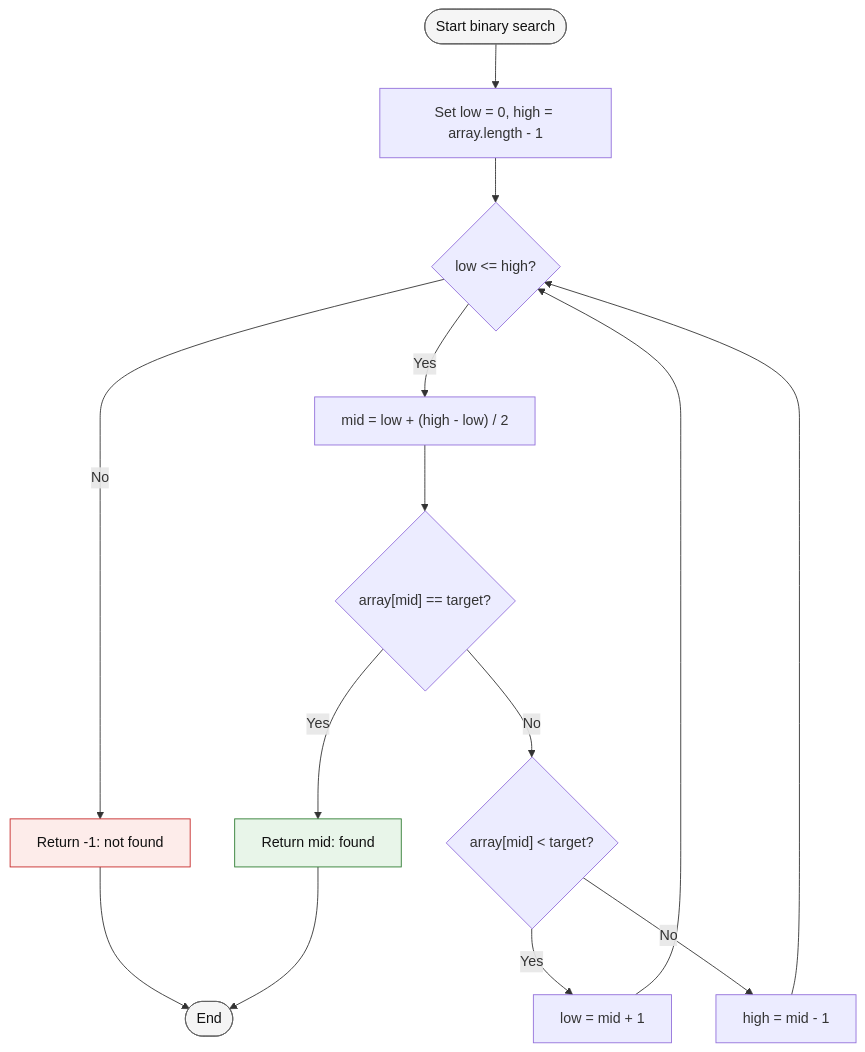
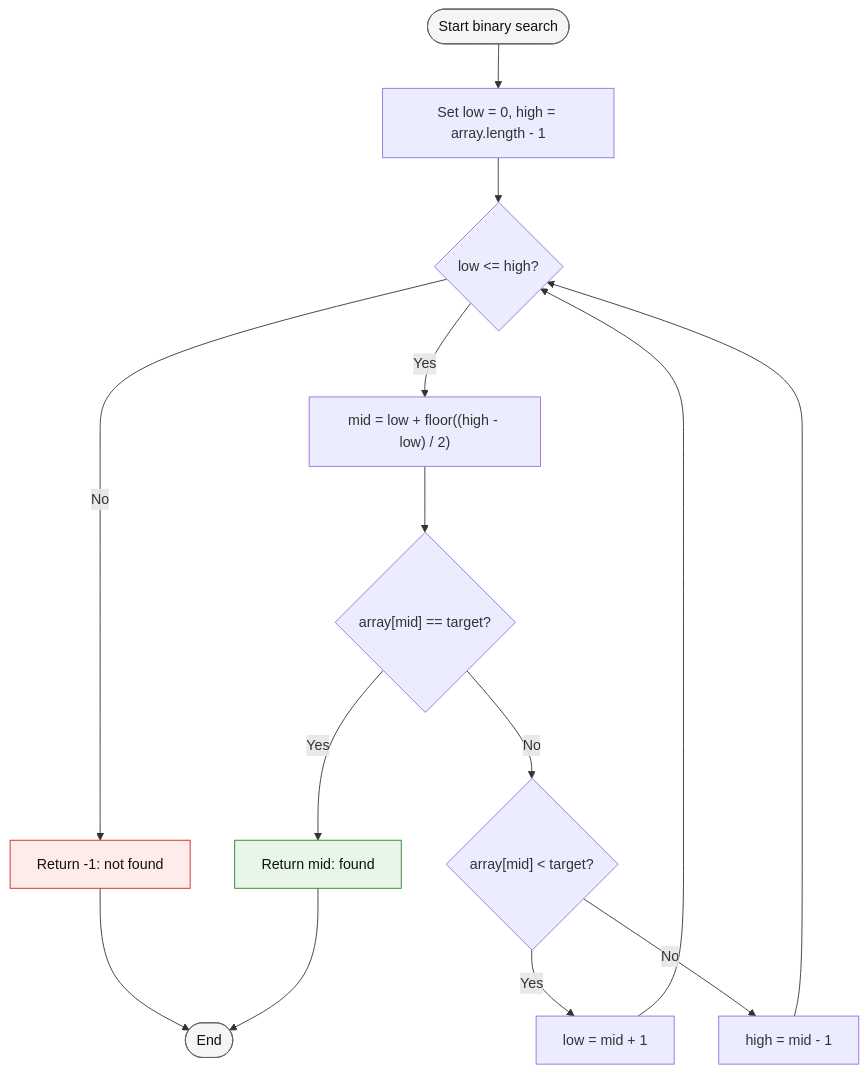
Before and after one commit to castocolina/agent-toolkit: the third of 4 diagrams in dist/plugins/agent-mermaid-diagram-specialist/skills/mermaid-diagrams/references/authoring-rules.md, drawn with Mermaid. The commit also changed 22 other files, not shown here.

````diff
--- a/dist/plugins/agent-mermaid-diagram-specialist/skills/mermaid-diagrams/references/authoring-rules.md
+++ b/dist/plugins/agent-mermaid-diagram-specialist/skills/mermaid-diagrams/references/authoring-rules.md
@@ -126,29 +126,29 @@
 ```mermaid
 flowchart TD
     Start(["Start binary search"]) --> Init["Set low = 0, high = array.length - 1"]
     Init --> Check{"low <= high?"}
 
     Check -->|No| NotFound["Return -1: not found"]
     NotFound --> End(["End"])
 
-    Check -->|Yes| CalcMid["mid = low + (high - low) / 2"]
+    Check -->|Yes| CalcMid["mid = low + floor((high - low) / 2)"]
     CalcMid --> Compare{"array[mid] == target?"}
 
     Compare -->|Yes| Found["Return mid: found"]
     Found --> End
 
     Compare -->|No| CheckLess{"array[mid] < target?"}
 
     CheckLess -->|Yes| MoveLow["low = mid + 1"]
     MoveLow --> Check
 
     CheckLess -->|No| MoveHigh["high = mid - 1"]
     MoveHigh --> Check
 
     classDef base fill:#f5f5f5,stroke:#616161,color:#111111
     classDef success fill:#e8f5e9,stroke:#2e7d32,color:#111111
     classDef error fill:#fdecea,stroke:#c62828,color:#111111
     class Start,End base
     class Found success
     class NotFound error
 ```
````
